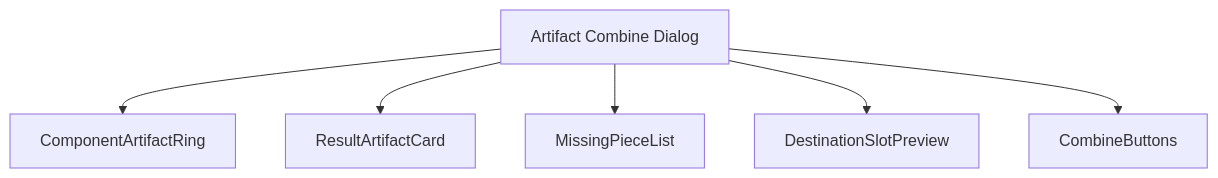
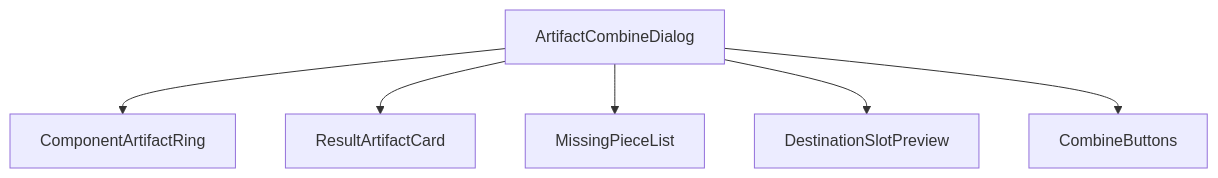
One commit to SunaNoOshiro/Heroes_Reforged_AI_Realms changed the first of 5 diagrams in docs/architecture/wiki/screens/52-artifact-combine-dialog/architecture.md. Above: the diagram before and after it, drawn with Mermaid. The commit also changed other lines of this file and 518 other files, not shown here.

First line of the commit message:
Add doc-audit skill and sweep architecture/screen docs

````diff
--- a/docs/architecture/wiki/screens/52-artifact-combine-dialog/architecture.md
+++ b/docs/architecture/wiki/screens/52-artifact-combine-dialog/architecture.md
@@ -16,14 +29,9 @@
 ```mermaid
 flowchart TD
-  Root["Artifact Combine Dialog"]
-  C0["ComponentArtifactRing"]
-  Root --> C0
-  C1["ResultArtifactCard"]
-  Root --> C1
-  C2["MissingPieceList"]
-  Root --> C2
-  C3["DestinationSlotPreview"]
-  Root --> C3
-  C4["CombineButtons"]
-  Root --> C4
+  Root["ArtifactCombineDialog"]
+  Root --> C0["ComponentArtifactRing"]
+  Root --> C1["ResultArtifactCard"]
+  Root --> C2["MissingPieceList"]
+  Root --> C3["DestinationSlotPreview"]
+  Root --> C4["CombineButtons"]
 ```
````
